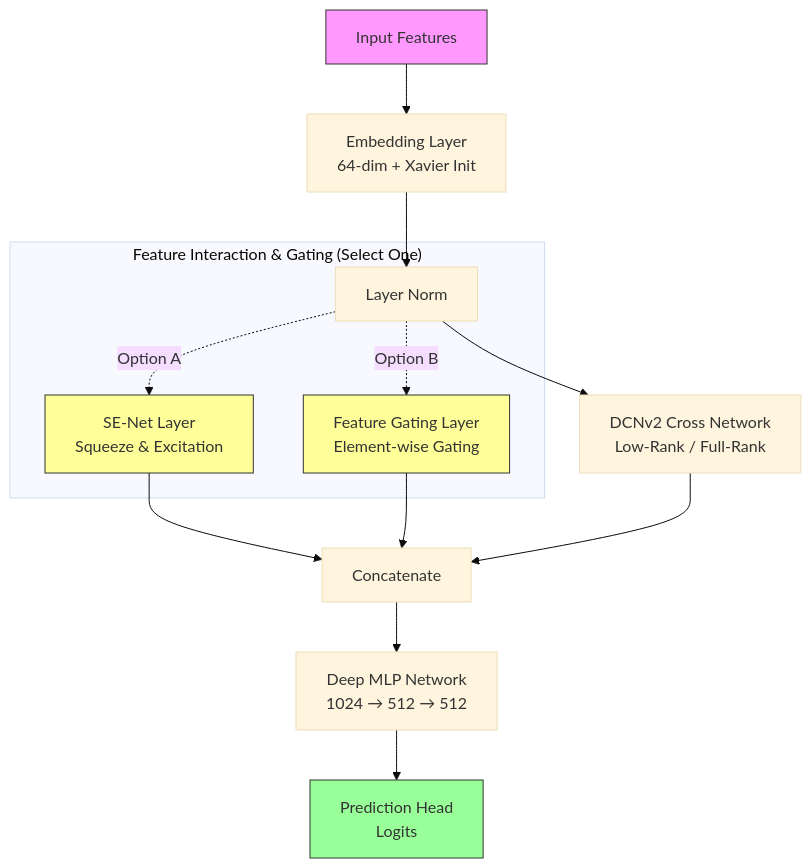
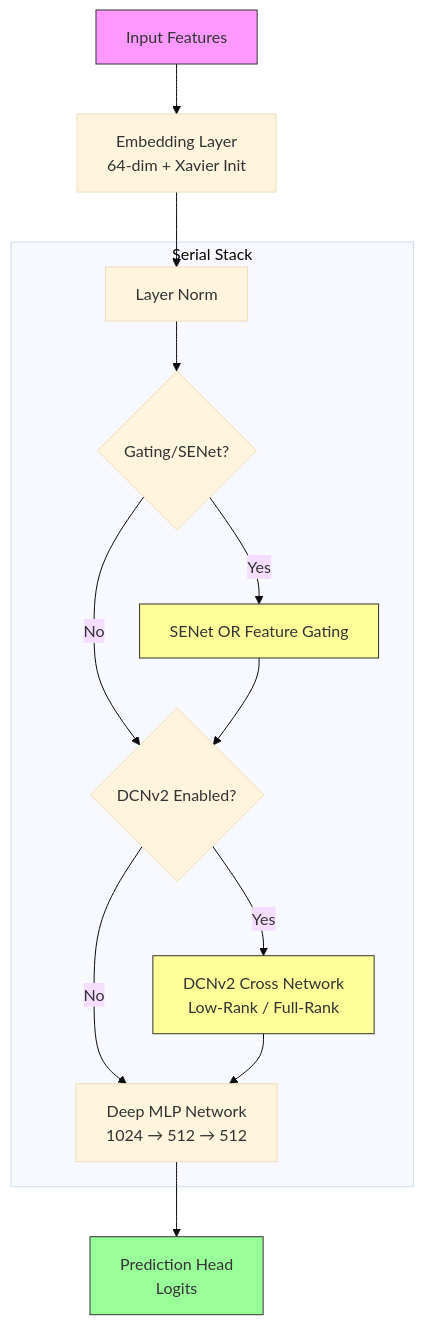
Before and after one commit to Alishahryar1/avazu-ctr: the diagram in README.md, drawn with Mermaid (base theme). The commit also changed 1 other file, not shown here.

Commit message:
docs: Update model architecture diagram to reflect serial stacking of interaction layers and clarify DCNv2 implementation.

````diff
--- a/README.md
+++ b/README.md
@@ -56,24 +56,24 @@
 ```mermaid
 graph TD
     Input[Input Features] --> Embed[Embedding Layer<br>64-dim + Xavier Init]
     Embed --> LN[Layer Norm]
     
-    subgraph "Feature Interaction & Gating (Select One)"
-        LN -.->|Option A| SENet[SE-Net Layer<br>Squeeze & Excitation]
-        LN -.->|Option B| Gate[Feature Gating Layer<br>Element-wise Gating]
+    subgraph "Serial Stack"
+        LN --> Gating{Gating/SENet?}
+        Gating -->|Yes| Interaction[SENet OR Feature Gating]
+        Gating -->|No| DCN
+        
+        Interaction --> DCN{DCNv2 Enabled?}
+        DCN -->|Yes| Cross[DCNv2 Cross Network<br>Low-Rank / Full-Rank]
+        DCN -->|No| MLP
+        
+        Cross --> MLP
     end
     
-    LN --> DCN[DCNv2 Cross Network<br>Low-Rank / Full-Rank]
-    
-    SENet --> Concat[Concatenate]
-    Gate --> Concat
-    DCN --> Concat
-    
-    Concat --> MLP[Deep MLP Network<br>1024 → 512 → 512]
-    MLP --> Head[Prediction Head<br>Logits]
+    MLP[Deep MLP Network<br>1024 → 512 → 512] --> Head[Prediction Head<br>Logits]
     
     style Input fill:#f9f,stroke:#333
     style Head fill:#9f9,stroke:#333
-    style SENet fill:#ff9,stroke:#333
-    style Gate fill:#ff9,stroke:#333
+    style Interaction fill:#ff9,stroke:#333
+    style Cross fill:#ff9,stroke:#333
 ```
````
